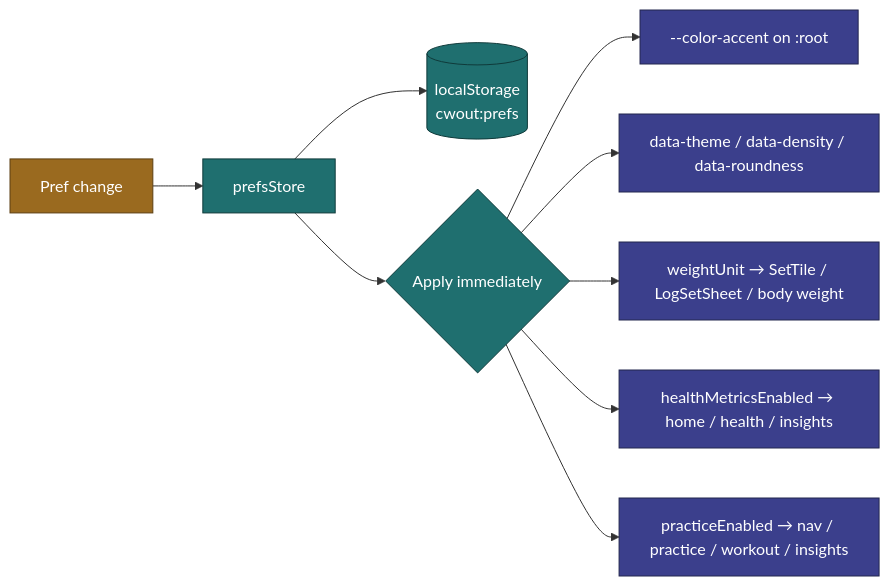
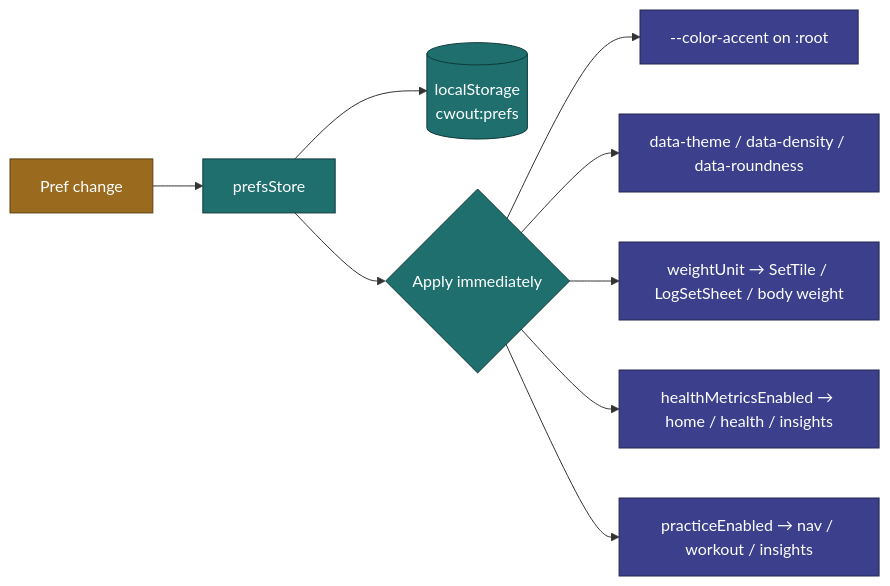
The second of 2 diagrams in docs/requirements/settings-preferences.md (jermbo/CosmicWorkOut), drawn with Mermaid before and after one commit. The commit also changed other lines of this file and 8 other files, not shown here.

````diff
--- a/docs/requirements/settings-preferences.md
+++ b/docs/requirements/settings-preferences.md
@@ -106,18 +101,18 @@
 ```mermaid
 flowchart LR
     Change[Pref change] --> Store[prefsStore]
     Store --> LS[("localStorage<br/>cwout:prefs")]
     Store --> Apply{Apply immediately}
     Apply --> CSS["--color-accent on :root"]
     Apply --> Data["data-theme / data-density / data-roundness"]
     Apply --> Unit[weightUnit → SetTile / LogSetSheet / body weight]
     Apply --> Health[healthMetricsEnabled → home / health / insights]
-    Apply --> Practice[practiceEnabled → nav / practice / workout / insights]
+    Apply --> Work[practiceEnabled → nav / workout / insights]
 
     classDef trigger fill:#9a6a1f,stroke:#5c3f12,color:#ffffff;
     classDef store fill:#1f6f6f,stroke:#0f3a3a,color:#ffffff;
     classDef effect fill:#3b3f8c,stroke:#23264f,color:#ffffff;
     class Change trigger;
     class Store,LS,Apply store;
-    class CSS,Data,Unit,Health,Practice effect;
+    class CSS,Data,Unit,Health,Work effect;
 ```
````
